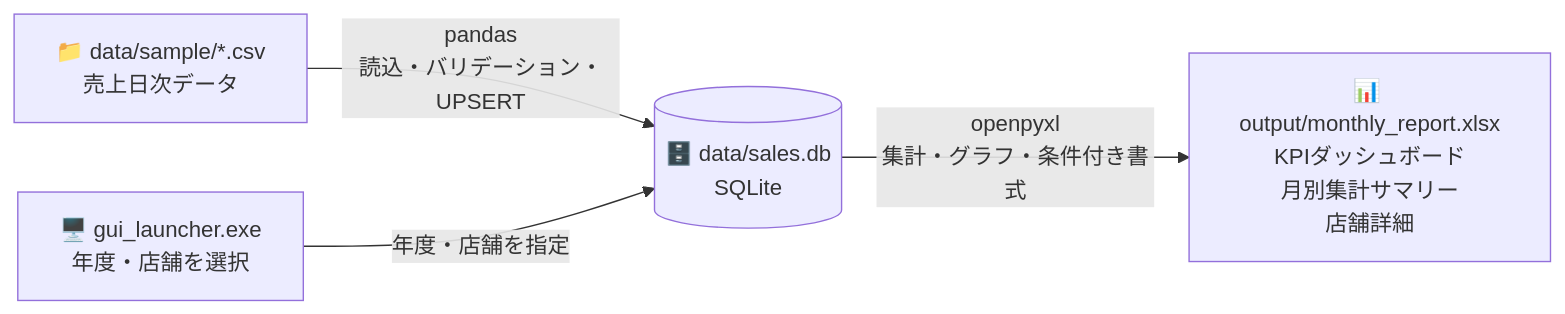
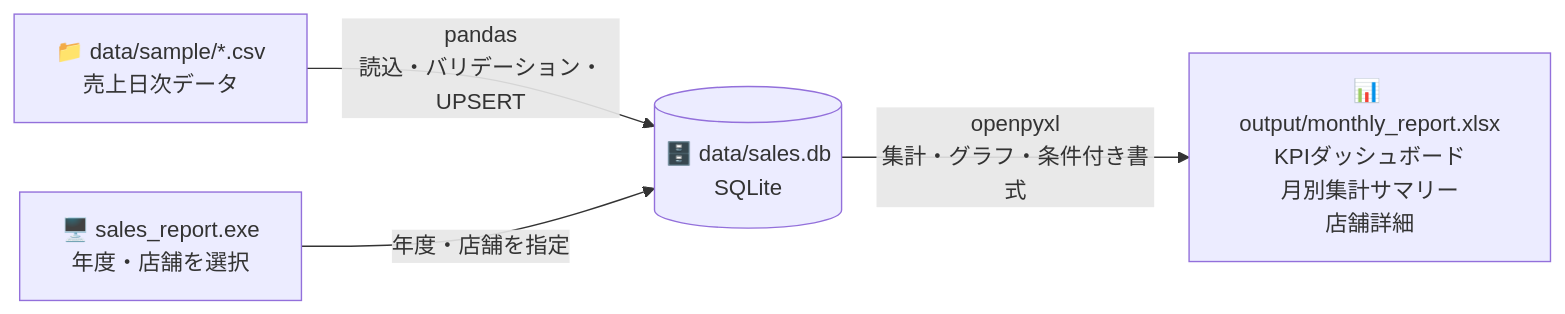
One commit to guu-aidev/sales-report-automation changed the diagram in README.md. Above: the diagram before and after it, drawn with Mermaid. The commit also changed other lines of this file and 8 other files, not shown here.

````diff
--- a/README.md
+++ b/README.md
@@ -89,11 +125,11 @@
 ```mermaid
 graph LR
     CSV["📁 data/sample/*.csv\n売上日次データ"]
     DB[("🗄️ data/sales.db\nSQLite")]
-    GUI["🖥️ gui_launcher.exe\n年度・店舗を選択"]
+    GUI["🖥️ sales_report.exe\n年度・店舗を選択"]
     Excel["📊 output/monthly_report.xlsx\nKPIダッシュボード\n月別集計サマリー\n店舗詳細"]
 
     CSV -->|"pandas\n読込・バリデーション・UPSERT"| DB
     GUI -->|"年度・店舗を指定"| DB
     DB -->|"openpyxl\n集計・グラフ・条件付き書式"| Excel
 ```
````
